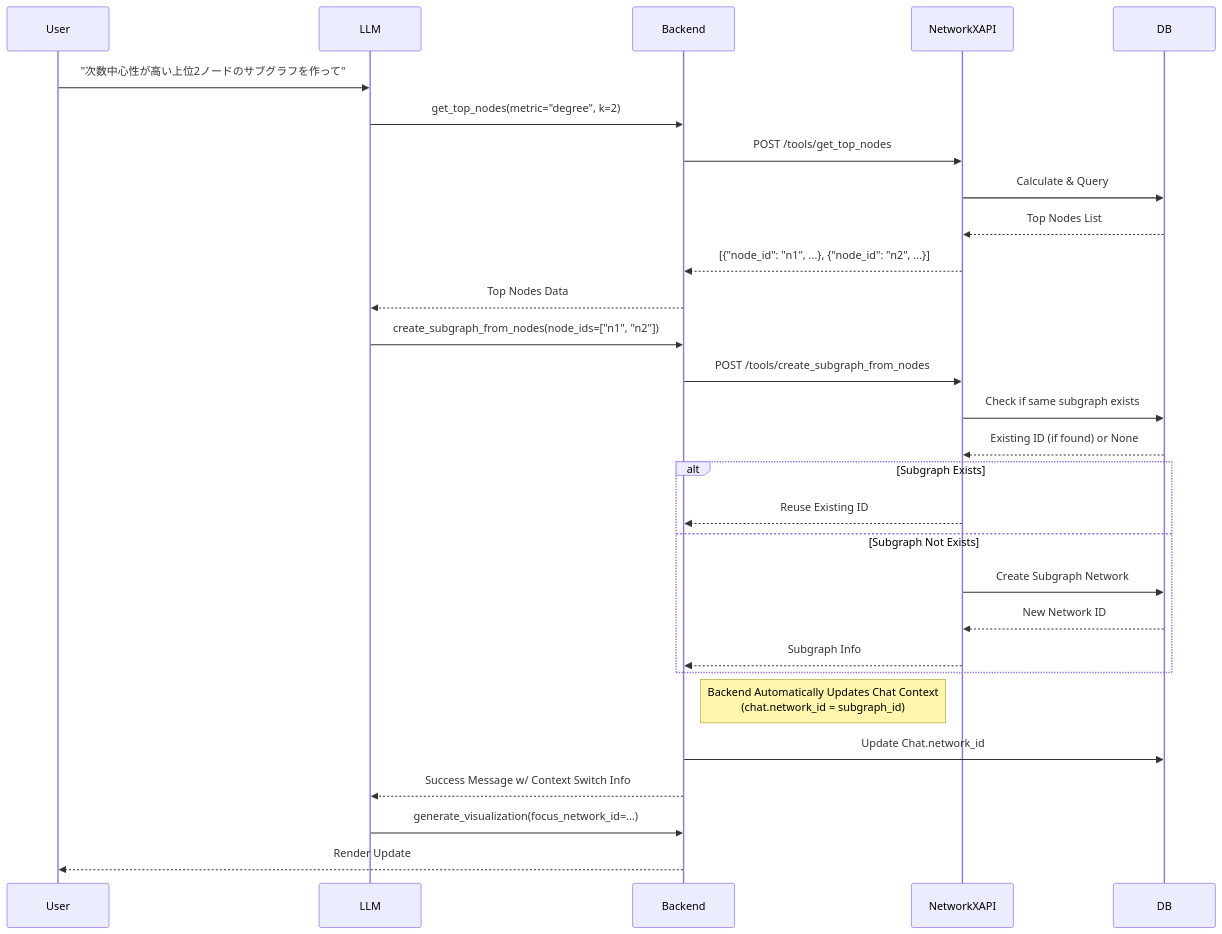
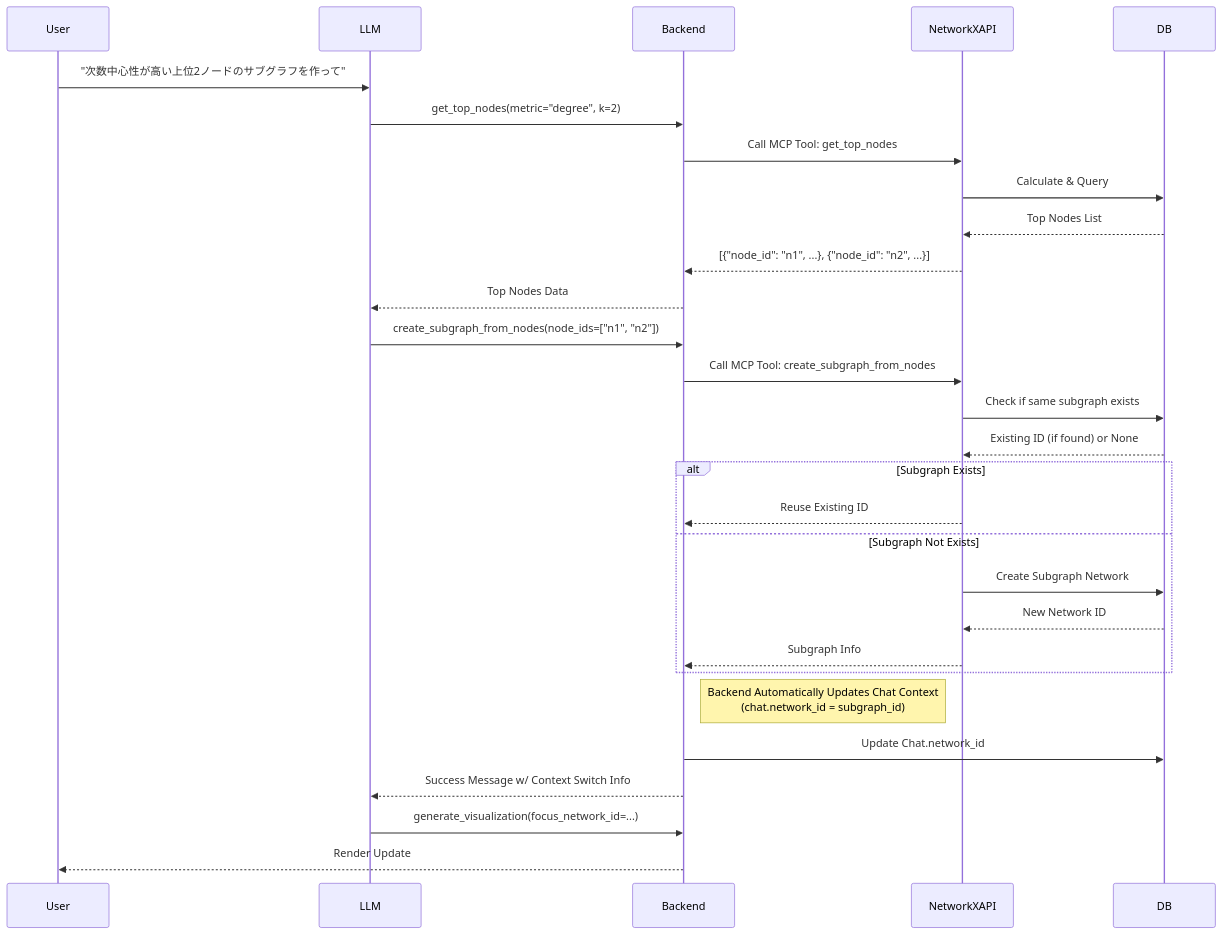
The fourth of 9 diagrams in specification/2_Technical_Details/6_Core_Workflows.md (vdslab/LLMGraphvis), drawn with Mermaid before and after one commit. The commit also changed other lines of this file and 19 other files, not shown here.

Commit message:
refactor: Reimplement LLM tool and network service communication using a new MCP client/server with SSE, removing old tool implementations.

````diff
--- a/specification/2_Technical_Details/6_Core_Workflows.md
+++ b/specification/2_Technical_Details/6_Core_Workflows.md
@@ -217,35 +217,35 @@
 ```mermaid
 sequenceDiagram
     participant User
     participant LLM
     participant Backend
     participant NetworkXAPI
     participant DB
 
     User->>LLM: "次数中心性が高い上位2ノードのサブグラフを作って"
     LLM->>Backend: get_top_nodes(metric="degree", k=2)
-    Backend->>NetworkXAPI: POST /tools/get_top_nodes
+    Backend->>NetworkXAPI: Call MCP Tool: get_top_nodes
     NetworkXAPI->>DB: Calculate & Query
     DB-->>NetworkXAPI: Top Nodes List
     NetworkXAPI-->>Backend: [{"node_id": "n1", ...}, {"node_id": "n2", ...}]
     Backend-->>LLM: Top Nodes Data
 
     LLM->>Backend: create_subgraph_from_nodes(node_ids=["n1", "n2"])
-    Backend->>NetworkXAPI: POST /tools/create_subgraph_from_nodes
+    Backend->>NetworkXAPI: Call MCP Tool: create_subgraph_from_nodes
     NetworkXAPI->>DB: Check if same subgraph exists
     DB-->>NetworkXAPI: Existing ID (if found) or None
     alt Subgraph Exists
         NetworkXAPI-->>Backend: Reuse Existing ID
     else Subgraph Not Exists
         NetworkXAPI->>DB: Create Subgraph Network
         DB-->>NetworkXAPI: New Network ID
         NetworkXAPI-->>Backend: Subgraph Info
     end
     
     note right of Backend: Backend Automatically Updates Chat Context<br/>(chat.network_id = subgraph_id)
     Backend->>DB: Update Chat.network_id
     Backend-->>LLM: Success Message w/ Context Switch Info
 
     LLM->>Backend: generate_visualization(focus_network_id=...)
     Backend-->>User: Render Update
 ```
````
